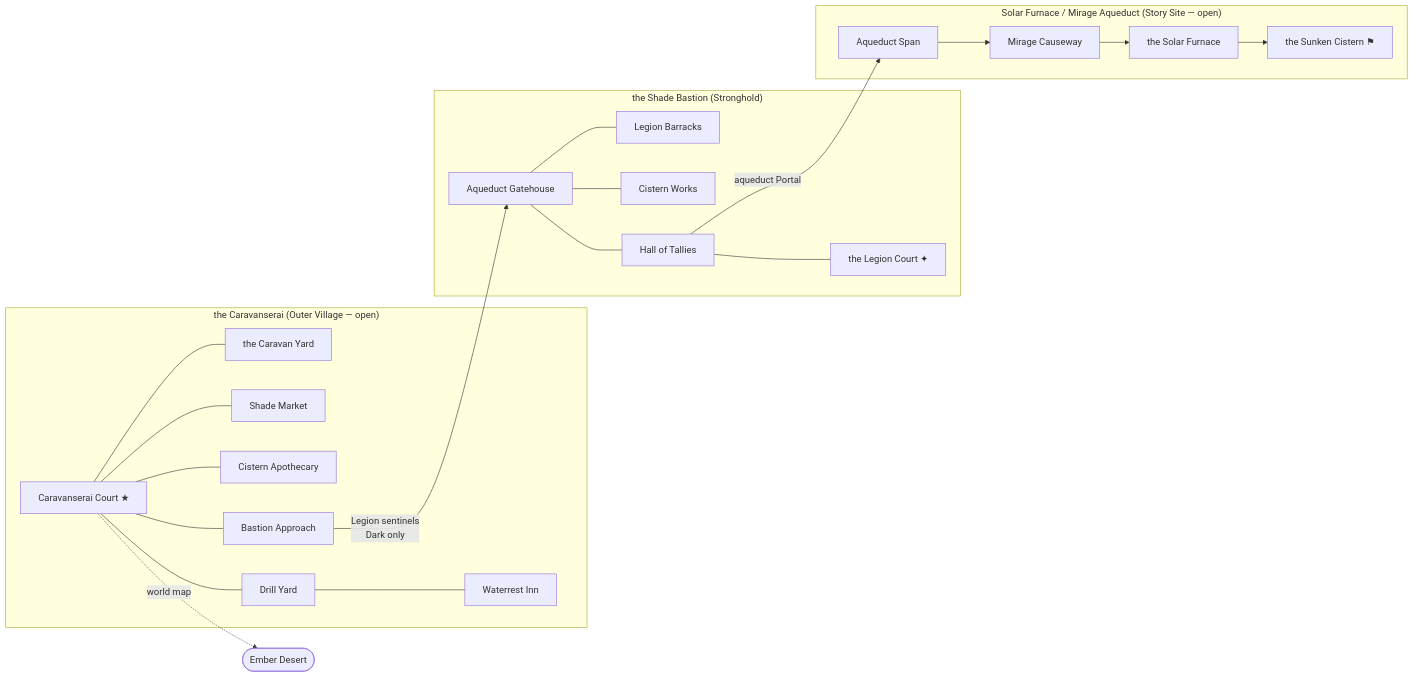
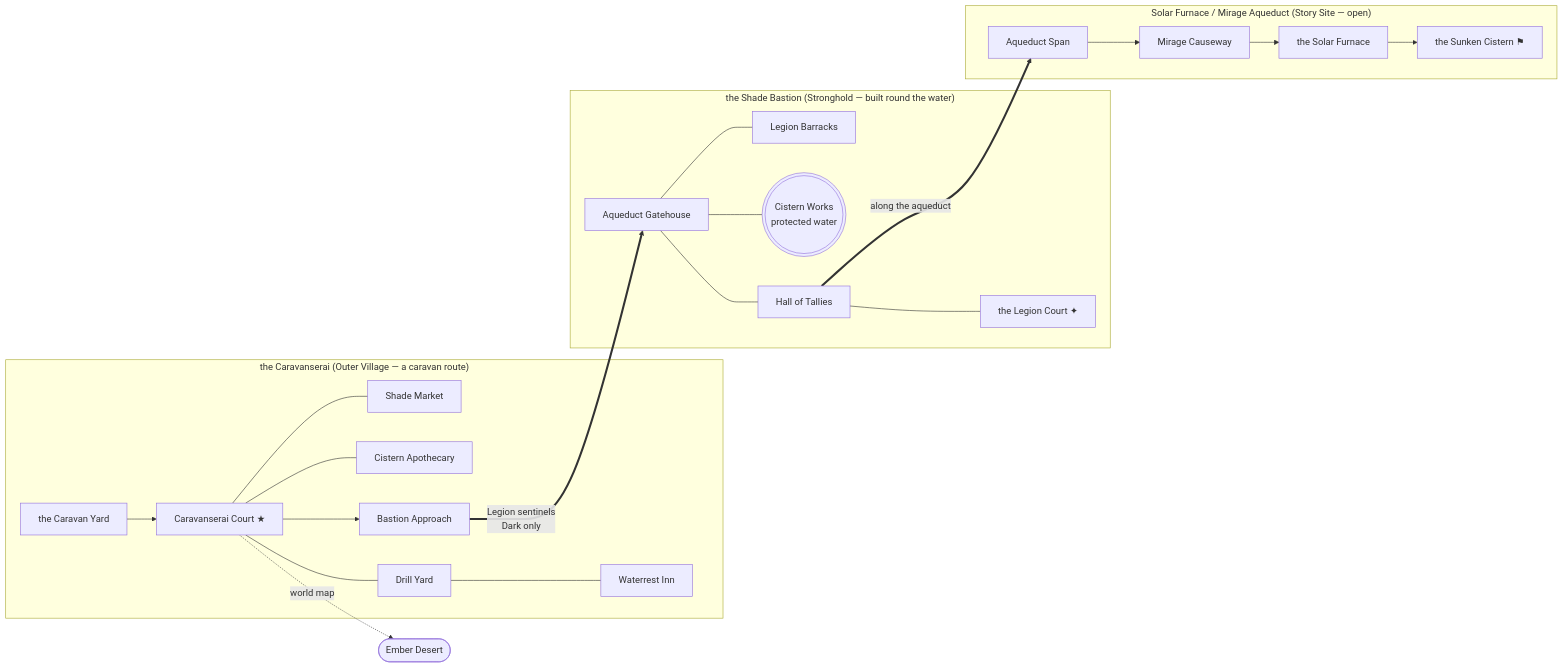
One commit to DibranMulder/2D-platform-game changed the seventh of 8 diagrams in docs/design/0014-hometown-maps.md. Above: the diagram before and after it, drawn with Mermaid. The commit also changed other lines of this file, not shown here.

First line of the commit message:
Reshape home-town portal graphs to their terrain (DESIGN-0014)

````diff
--- a/docs/design/0014-hometown-maps.md
+++ b/docs/design/0014-hometown-maps.md
@@ -515,23 +553,23 @@
 ```mermaid
 flowchart LR
-    subgraph V["the Caravanserai (Outer Village — open)"]
-        CC[Caravanserai Court ★] --- CY[the Caravan Yard]
+    subgraph V["the Caravanserai (Outer Village — a caravan route)"]
+        CY[the Caravan Yard] --> CC[Caravanserai Court ★]
         CC --- SM2[Shade Market]
         CC --- CA[Cistern Apothecary]
         CC --- DYd[Drill Yard]
         DYd --- WI[Waterrest Inn]
-        CC --- BA[Bastion Approach]
+        CC --> BA[Bastion Approach]
     end
-    BA -->|Legion sentinels<br/>Dark only| AG[Aqueduct Gatehouse]
-    subgraph S["the Shade Bastion (Stronghold)"]
-        AG --- LB[Legion Barracks]
-        AG --- CWk[Cistern Works]
+    BA ==>|Legion sentinels<br/>Dark only| AG
+    subgraph S["the Shade Bastion (Stronghold — built round the water)"]
+        AG[Aqueduct Gatehouse] --- LB[Legion Barracks]
+        AG --- CWk(((Cistern Works<br/>protected water)))
         AG --- HTal[Hall of Tallies]
         HTal --- LCt[the Legion Court ✦]
     end
-    HTal -->|aqueduct Portal| ASp
+    HTal ==>|along the aqueduct| ASp
     subgraph T["Solar Furnace / Mirage Aqueduct (Story Site — open)"]
         ASp[Aqueduct Span] --> MC[Mirage Causeway] --> SFn[the Solar Furnace] --> SCi[the Sunken Cistern ⚑]
     end
     CC -.world map.-> W([Ember Desert])
 ```
````
